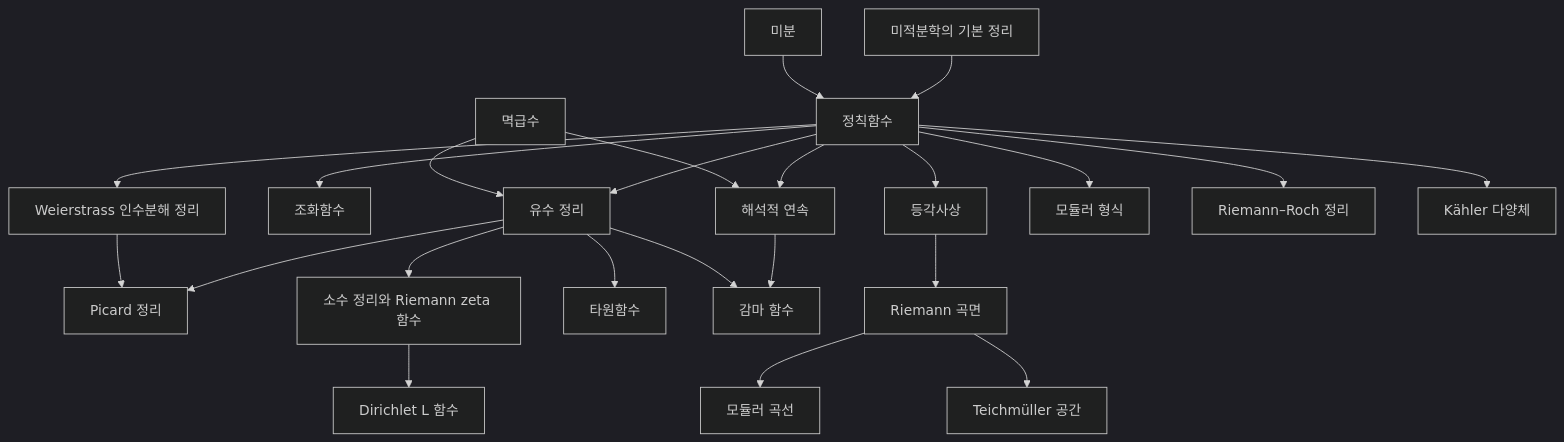
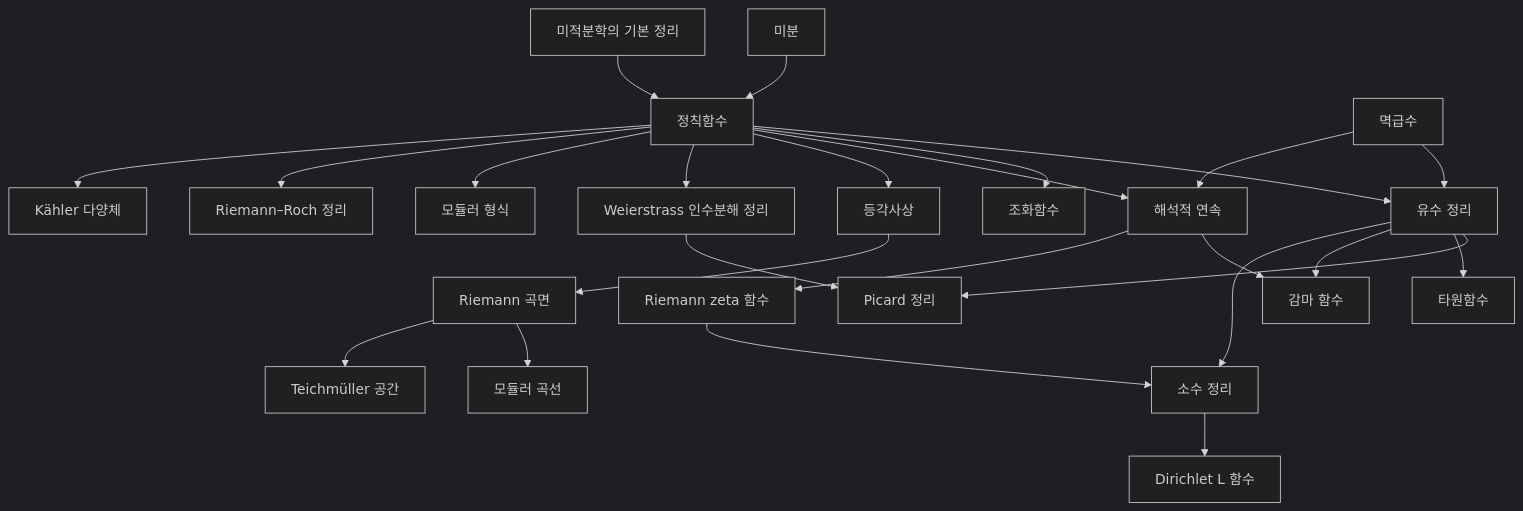
The diagram in docs/complex-analysis-overview.md (Phryxia/math-map), drawn with Mermaid (dark theme) before and after one commit. The commit also changed other lines of this file, not shown here.

````diff
--- a/docs/complex-analysis-overview.md
+++ b/docs/complex-analysis-overview.md
@@ -13,25 +13,27 @@
 ```mermaid
 graph TD
   DV["미분"] --> HF["정칙함수"]
   FC["미적분학의 기본 정리"] --> HF
   PS["멱급수"] --> RT["유수 정리"]
   HF --> RT
   HF --> HM["조화함수"]
   PS --> AC["해석적 연속"]
   HF --> AC
   HF --> CM["등각사상"]
   HF --> WF["Weierstrass 인수분해 정리"]
   WF --> PC["Picard 정리"]
   RT --> PC
   CM --> RS["Riemann 곡면"]
   RS --> MC["모듈러 곡선"]
   RS --> TS["Teichmüller 공간"]
   RT --> EF["타원함수"]
   RT --> GF["감마 함수"]
   AC --> GF
-  RT --> PNT["소수 정리와 Riemann zeta 함수"]
+  AC --> RZ["Riemann zeta 함수"]
+  RZ --> PNT["소수 정리"]
+  RT --> PNT
   PNT --> DL["Dirichlet L 함수"]
   HF --> MF["모듈러 형식"]
   HF --> RR["Riemann–Roch 정리"]
   HF --> KM["Kähler 다양체"]
 ```
````
